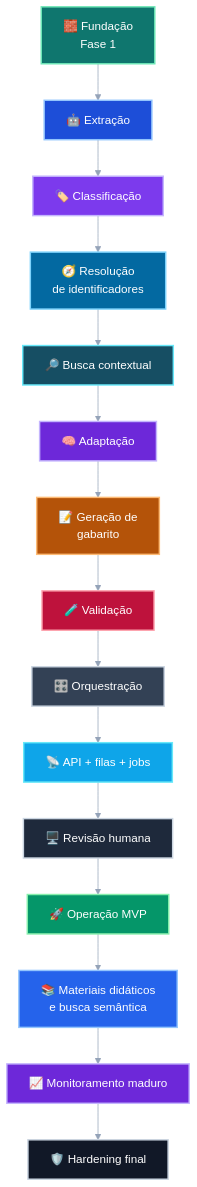
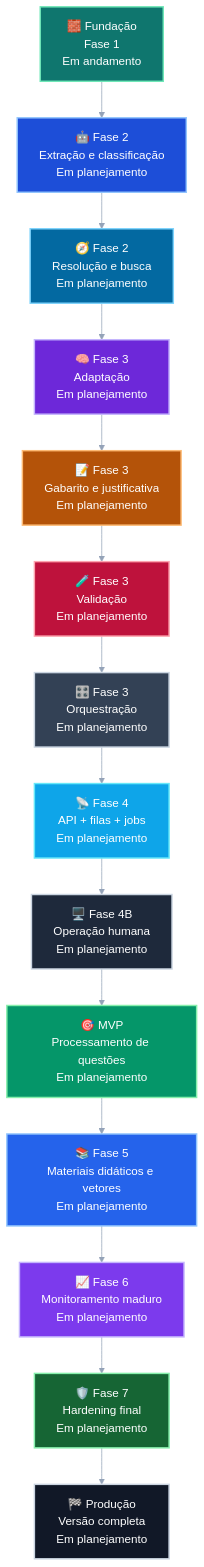
One commit to matheusdiamantino-betalent/IA changed the sixth of 8 diagrams in README.md. Above: the diagram before and after it, drawn with Mermaid. The commit also changed other lines of this file, not shown here.

````diff
--- a/README.md
+++ b/README.md
@@ -735,47 +791,73 @@
 ```mermaid
 %%{init: {
   "theme": "base",
   "themeVariables": {
     "background": "#06121f",
     "primaryColor": "#0f172a",
     "primaryTextColor": "#e5eefb",
     "primaryBorderColor": "#f59e0b",
     "secondaryColor": "#111827",
     "secondaryTextColor": "#e5eefb",
     "tertiaryColor": "#0b1220",
     "tertiaryTextColor": "#e5eefb",
     "lineColor": "#94a3b8"
   }
 }}%%
 flowchart TD
-    START["🧱 Fundação\nFase 1"] --> A["🤖 Extração"]
-    A --> B["🏷️ Classificação"]
-    B --> C["🧭 Resolução\nde identificadores"]
-    C --> D["🔎 Busca contextual"]
-    D --> E["🧠 Adaptação"]
-    E --> F["📝 Geração de\ngabarito"]
-    F --> G["🧪 Validação"]
-    G --> H["🎛️ Orquestração"]
-    H --> I["📡 API + filas + jobs"]
-    I --> J["🖥️ Revisão humana"]
-    J --> K["🚀 Operação MVP"]
-    K --> L["📚 Materiais didáticos\ne busca semântica"]
-    L --> M["📈 Monitoramento maduro"]
-    M --> N["🛡️ Hardening final"]
+    START["🧱 Fundação
+Fase 1
+Em andamento"] --> A["🤖 Fase 2
+Extração e classificação
+Em planejamento"]
+    A --> B["🧭 Fase 2
+Resolução e busca
+Em planejamento"]
+    B --> C["🧠 Fase 3
+Adaptação
+Em planejamento"]
+    C --> D["📝 Fase 3
+Gabarito e justificativa
+Em planejamento"]
+    D --> E["🧪 Fase 3
+Validação
+Em planejamento"]
+    E --> F["🎛️ Fase 3
+Orquestração
+Em planejamento"]
+    F --> G["📡 Fase 4
+API + filas + jobs
+Em planejamento"]
+    G --> H["🖥️ Fase 4B
+Operação humana
+Em planejamento"]
+    H --> I["🎯 MVP
+Processamento de questões
+Em planejamento"]
+    I --> J["📚 Fase 5
+Materiais didáticos e vetores
+Em planejamento"]
+    J --> K["📈 Fase 6
+Monitoramento maduro
+Em planejamento"]
+    K --> L["🛡️ Fase 7
+Hardening final
+Em planejamento"]
+    L --> M["🏁 Produção
+Versão completa
+Em planejamento"]
 
     style START fill:#0f766e,stroke:#6ee7b7,stroke-width:2px,color:#ffffff
     style A fill:#1d4ed8,stroke:#93c5fd,stroke-width:2px,color:#ffffff
-    style B fill:#7c3aed,stroke:#c4b5fd,stroke-width:2px,color:#ffffff
-    style C fill:#0369a1,stroke:#7dd3fc,stroke-width:2px,color:#ffffff
-    style D fill:#164e63,stroke:#67e8f9,stroke-width:2px,color:#ffffff
-    style E fill:#6d28d9,stroke:#c4b5fd,stroke-width:2px,color:#ffffff
-    style F fill:#b45309,stroke:#fdba74,stroke-width:2px,color:#ffffff
-    style G fill:#be123c,stroke:#fda4af,stroke-width:2px,color:#ffffff
-    style H fill:#334155,stroke:#cbd5e1,stroke-width:2px,color:#ffffff
-    style I fill:#0ea5e9,stroke:#67e8f9,stroke-width:2px,color:#ffffff
-    style J fill:#1e293b,stroke:#cbd5e1,stroke-width:2px,color:#ffffff
-    style K fill:#059669,stroke:#86efac,stroke-width:2px,color:#ffffff
-    style L fill:#2563eb,stroke:#93c5fd,stroke-width:2px,color:#ffffff
-    style M fill:#6d28d9,stroke:#c4b5fd,stroke-width:2px,color:#ffffff
-    style N fill:#111827,stroke:#cbd5e1,stroke-width:2px,color:#ffffff
+    style B fill:#0369a1,stroke:#7dd3fc,stroke-width:2px,color:#ffffff
+    style C fill:#6d28d9,stroke:#c4b5fd,stroke-width:2px,color:#ffffff
+    style D fill:#b45309,stroke:#fdba74,stroke-width:2px,color:#ffffff
+    style E fill:#be123c,stroke:#fda4af,stroke-width:2px,color:#ffffff
+    style F fill:#334155,stroke:#cbd5e1,stroke-width:2px,color:#ffffff
+    style G fill:#0ea5e9,stroke:#67e8f9,stroke-width:2px,color:#ffffff
+    style H fill:#1e293b,stroke:#cbd5e1,stroke-width:2px,color:#ffffff
+    style I fill:#059669,stroke:#86efac,stroke-width:2px,color:#ffffff
+    style J fill:#2563eb,stroke:#93c5fd,stroke-width:2px,color:#ffffff
+    style K fill:#7c3aed,stroke:#c4b5fd,stroke-width:2px,color:#ffffff
+    style L fill:#166534,stroke:#86efac,stroke-width:2px,color:#ffffff
+    style M fill:#111827,stroke:#cbd5e1,stroke-width:2px,color:#ffffff
 ```
````
